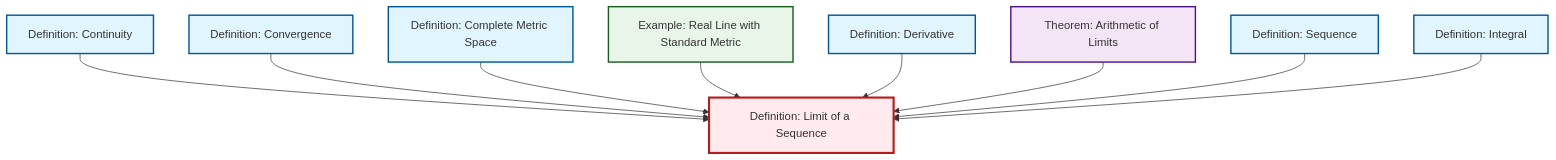
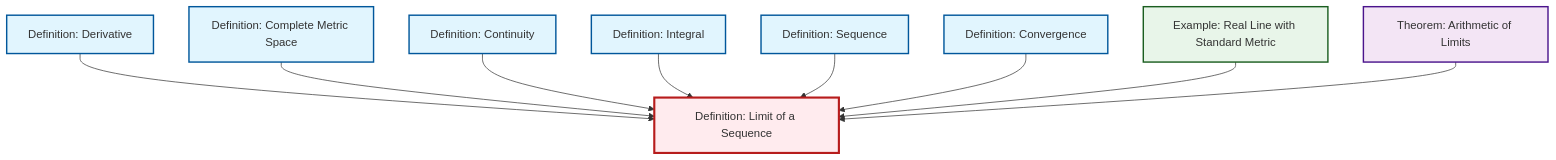
Before and after one commit to RK0429/ModernMath: the diagram in output/mermaid/def-limit.mermaid, drawn with Mermaid. The commit also changed other lines of this file and 1195 other files, not shown here.

````diff
--- a/output/mermaid/def-limit.mermaid
+++ b/output/mermaid/def-limit.mermaid
@@ -1,27 +1,27 @@
 ```{mermaid}
 %%| fig-cap: "Local dependency graph"
 graph TD
     classDef definition fill:#e1f5fe,stroke:#01579b,stroke-width:2px
     classDef theorem fill:#f3e5f5,stroke:#4a148c,stroke-width:2px
     classDef axiom fill:#fff3e0,stroke:#e65100,stroke-width:2px
     classDef example fill:#e8f5e9,stroke:#1b5e20,stroke-width:2px
     classDef current fill:#ffebee,stroke:#b71c1c,stroke-width:3px
+    def-integral["Definition: Integral"]:::definition
     def-convergence["Definition: Convergence"]:::definition
-    def-sequence["Definition: Sequence"]:::definition
-    def-integral["Definition: Integral"]:::definition
     def-continuity["Definition: Continuity"]:::definition
     def-complete-metric-space["Definition: Complete Metric Space"]:::definition
+    thm-limit-arithmetic["Theorem: Arithmetic of Limits"]:::theorem
+    def-sequence["Definition: Sequence"]:::definition
+    def-limit["Definition: Limit of a Sequence"]:::definition
     def-derivative["Definition: Derivative"]:::definition
     ex-real-line-metric["Example: Real Line with Standard Metric"]:::example
-    def-limit["Definition: Limit of a Sequence"]:::definition
-    thm-limit-arithmetic["Theorem: Arithmetic of Limits"]:::theorem
+    def-derivative --> def-limit
+    def-complete-metric-space --> def-limit
     def-continuity --> def-limit
+    def-integral --> def-limit
+    def-sequence --> def-limit
     def-convergence --> def-limit
-    def-complete-metric-space --> def-limit
     ex-real-line-metric --> def-limit
-    def-derivative --> def-limit
     thm-limit-arithmetic --> def-limit
-    def-sequence --> def-limit
-    def-integral --> def-limit
     class def-limit current
 ```
````
